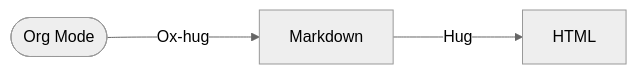
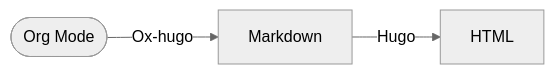
The diagram in README.md (woooosang/pr-website), drawn with Mermaid (neutral theme) before and after one commit. The commit also changed other lines of this file, not shown here.

````diff
--- a/README.md
+++ b/README.md
@@ -7,4 +9,4 @@
 ```mermaid
 flowchart LR
-    A([Org Mode]) --Ox-hugo--> B[Markdown] --Hugo--> C[HTML]
+    A([Org Mode]) -- Ox-hugo --> B[Markdown] -- Hugo --> C[HTML]
 ```
````
